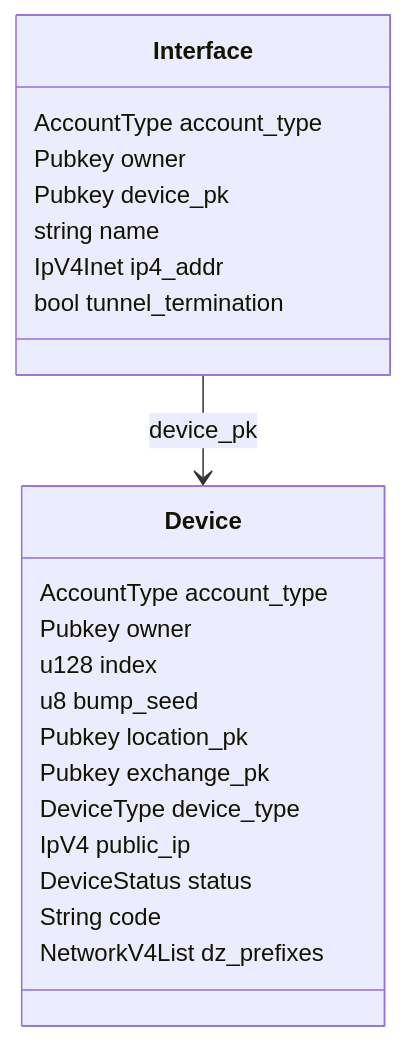
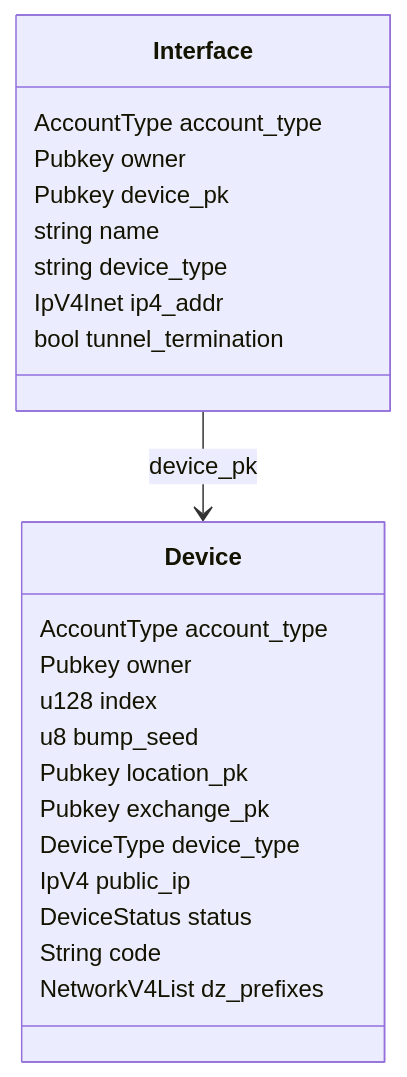
One commit to malbeclabs/doublezero changed the diagram in rfcs/rfc3-simultaneous-tunnels.md. Above: the diagram before and after it, drawn with Mermaid. The commit also changed other lines of this file, not shown here.

`````diff
--- a/rfcs/rfc3-simultaneous-tunnels.md
+++ b/rfcs/rfc3-simultaneous-tunnels.md
@@ -29,26 +29,27 @@
 ```mermaid
 classDiagram
     class Interface {
       AccountType account_type
       Pubkey owner
       Pubkey device_pk
       string name
+      string device_type
       IpV4Inet ip4_addr
       bool tunnel_termination
     }
     class Device {
         AccountType account_type
         Pubkey owner
         u128 index
         u8 bump_seed
         Pubkey location_pk
         Pubkey exchange_pk
         DeviceType device_type
         IpV4 public_ip
         DeviceStatus status
         String code
         NetworkV4List dz_prefixes
     }
 
     Interface --> Device : device_pk
 ````
`````
